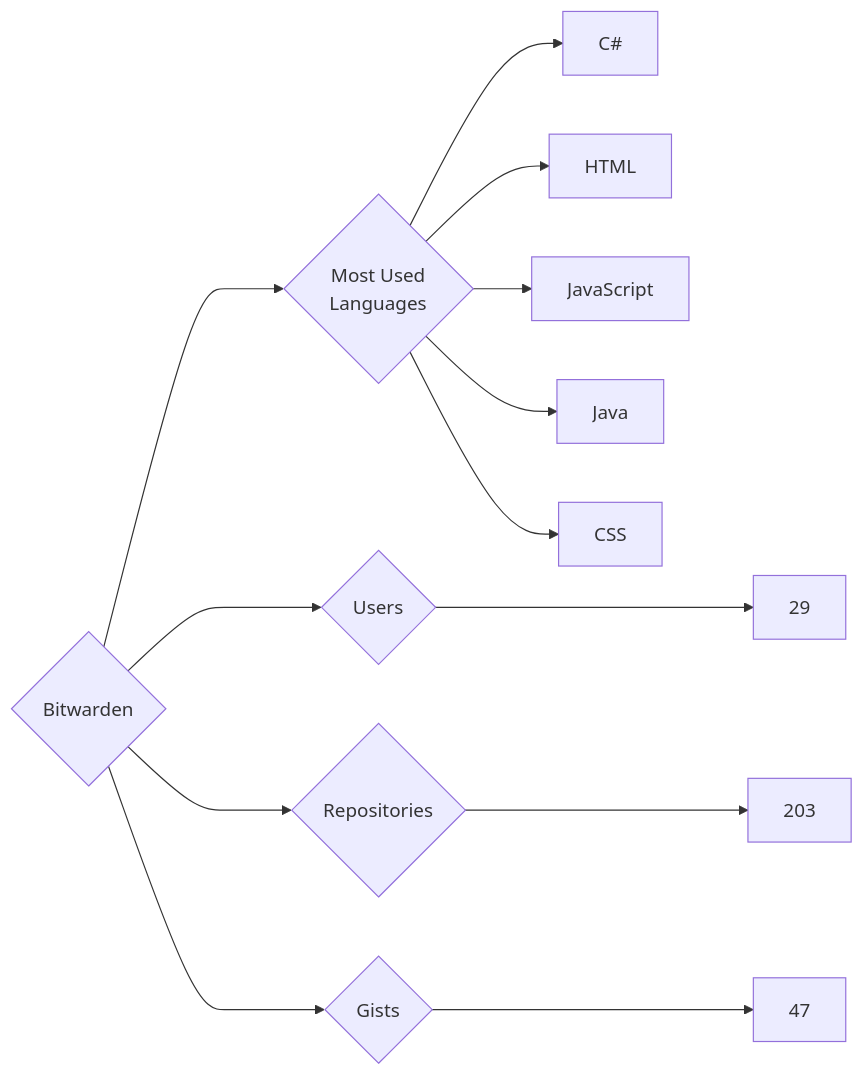
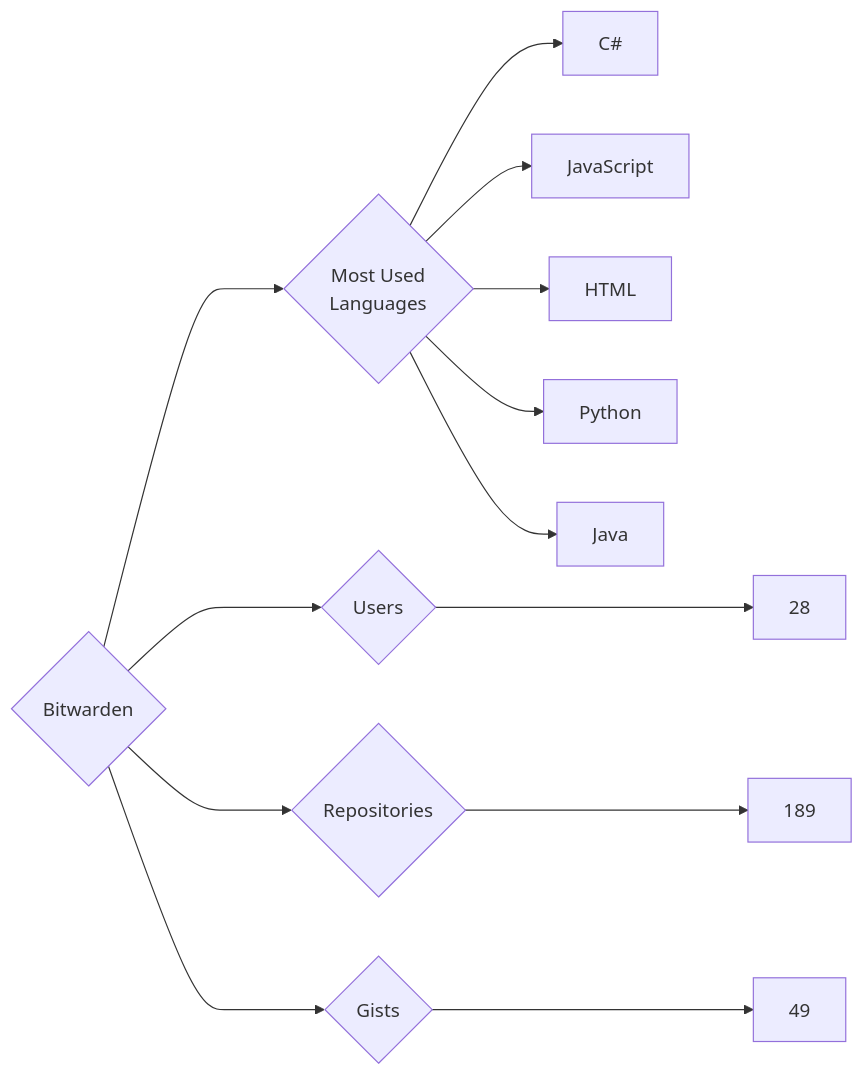
The diagram in targets/Bitwarden/README.md (trickest/insiders), drawn with Mermaid before and after one commit. The commit also changed 888 other files, not shown here.

````diff
--- a/targets/Bitwarden/README.md
+++ b/targets/Bitwarden/README.md
@@ -3,13 +3,13 @@
 ```mermaid
 graph LR
 COMPANY_NAME{Bitwarden}
-COMPANY_NAME ---> U{Users} ---> UN[29]
-COMPANY_NAME ---> R{Repositories} ---> RN[203]
-COMPANY_NAME ---> G{Gists} ---> GN[47]
+COMPANY_NAME ---> U{Users} ---> UN[28]
+COMPANY_NAME ---> R{Repositories} ---> RN[189]
+COMPANY_NAME ---> G{Gists} ---> GN[49]
 COMPANY_NAME ---> ML{Most Used<br>Languages}
 ML --> C#[C#]
+ML --> JavaScript[JavaScript]
 ML --> HTML[HTML]
-ML --> JavaScript[JavaScript]
+ML --> Python[Python]
 ML --> Java[Java]
-ML --> CSS[CSS]
 ```
````
